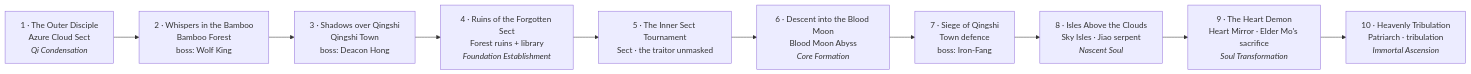
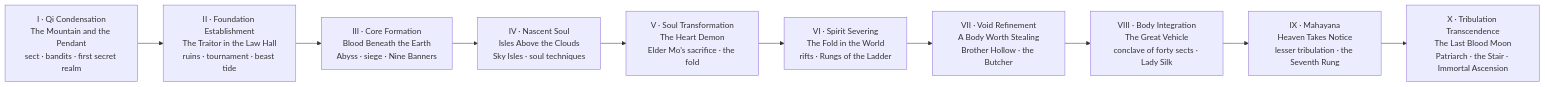
The first of 3 diagrams in README.md (jgyy/vnxianxia), drawn with Mermaid before and after one commit. The commit also changed other lines of this file and 58 other files, not shown here.

````diff
--- a/README.md
+++ b/README.md
@@ -32,12 +37,12 @@
 ```mermaid
 flowchart LR
-    C1["1 · The Outer Disciple<br/>Azure Cloud Sect<br/><i>Qi Condensation</i>"] --> C2["2 · Whispers in the Bamboo<br/>Bamboo Forest<br/>boss: Wolf King"]
-    C2 --> C3["3 · Shadows over Qingshi<br/>Qingshi Town<br/>boss: Deacon Hong"]
-    C3 --> C4["4 · Ruins of the Forgotten Sect<br/>Forest ruins + library<br/><i>Foundation Establishment</i>"]
-    C4 --> C5["5 · The Inner Sect Tournament<br/>Sect · the traitor unmasked"]
-    C5 --> C6["6 · Descent into the Blood Moon<br/>Blood Moon Abyss<br/><i>Core Formation</i>"]
-    C6 --> C7["7 · Siege of Qingshi<br/>Town defence<br/>boss: Iron-Fang"]
-    C7 --> C8["8 · Isles Above the Clouds<br/>Sky Isles · Jiao serpent<br/><i>Nascent Soul</i>"]
-    C8 --> C9["9 · The Heart Demon<br/>Heart Mirror · Elder Mo's sacrifice<br/><i>Soul Transformation</i>"]
-    C9 --> C10["10 · Heavenly Tribulation<br/>Patriarch · tribulation<br/><i>Immortal Ascension</i>"]
+    V1["I · Qi Condensation<br/>The Mountain and the Pendant<br/>sect · bandits · first secret realm"] --> V2["II · Foundation Establishment<br/>The Traitor in the Law Hall<br/>ruins · tournament · beast tide"]
+    V2 --> V3["III · Core Formation<br/>Blood Beneath the Earth<br/>Abyss · siege · Nine Banners"]
+    V3 --> V4["IV · Nascent Soul<br/>Isles Above the Clouds<br/>Sky Isles · soul techniques"]
+    V4 --> V5["V · Soul Transformation<br/>The Heart Demon<br/>Elder Mo's sacrifice · the fold"]
+    V5 --> V6["VI · Spirit Severing<br/>The Fold in the World<br/>rifts · Rungs of the Ladder"]
+    V6 --> V7["VII · Void Refinement<br/>A Body Worth Stealing<br/>Brother Hollow · the Butcher"]
+    V7 --> V8["VIII · Body Integration<br/>The Great Vehicle<br/>conclave of forty sects · Lady Silk"]
+    V8 --> V9["IX · Mahayana<br/>Heaven Takes Notice<br/>lesser tribulation · the Seventh Rung"]
+    V9 --> V10["X · Tribulation Transcendence<br/>The Last Blood Moon<br/>Patriarch · the Stair · Immortal Ascension"]
 ```
````
